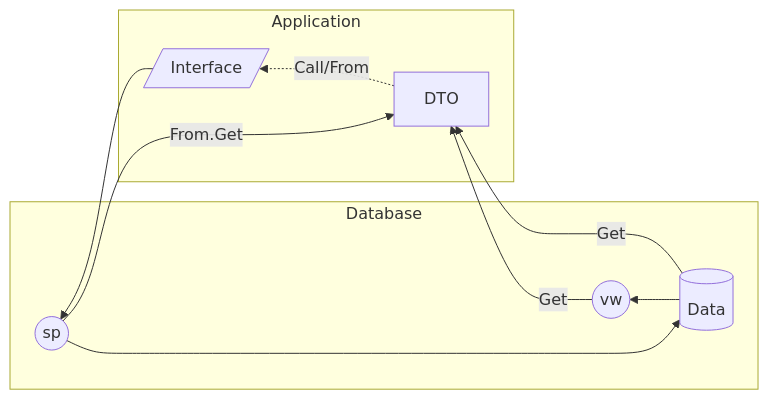
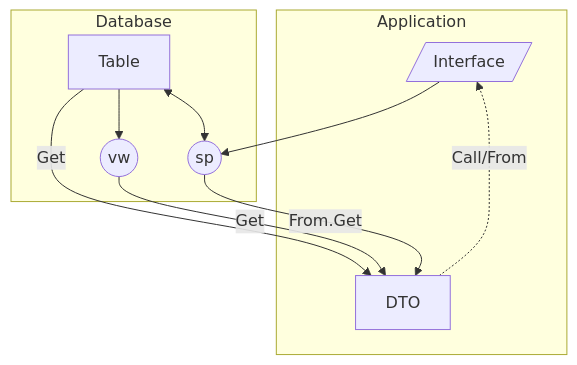
Before and after one commit to IFYates/Phorm: the diagram in README.md, drawn with Mermaid. The commit also changed other lines of this file and 3 other files, not shown here.

````diff
--- a/README.md
+++ b/README.md
@@ -39,17 +45,26 @@
 ```mermaid
-flowchart RL
-subgraph Database
-    D[(Data)]
+flowchart
+    I[/Interface/]
+    O[DTO]
+    T[Table]
     V((vw))
     SP((sp))
-end
-subgraph Application
-    O[DTO]
-    I[/Interface/]
-end
 
-D -->|Get| O;
-D --> V -->|Get| O;
-SP -->|From.Get| O;
-O -.->|Call/From| I --> SP --> D;
+    I --> SP
+    V -->|Get| O
+    SP -->|From.Get| O
+    T -->|Get| O
+    O -.->|Call/From| I
+    T --> V
+    T <--> SP
+
+    subgraph Application
+        O
+        I
+    end
+    subgraph Database
+        T
+        V
+        SP
+    end
 ```
````
